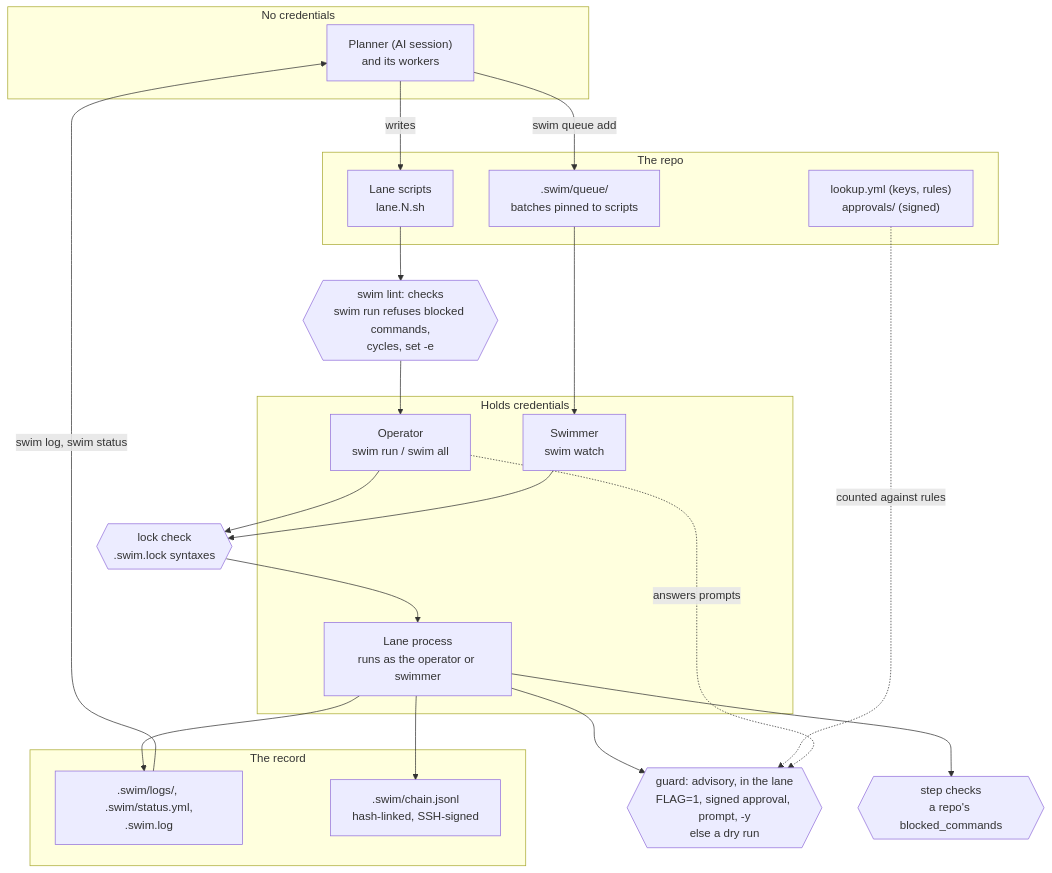
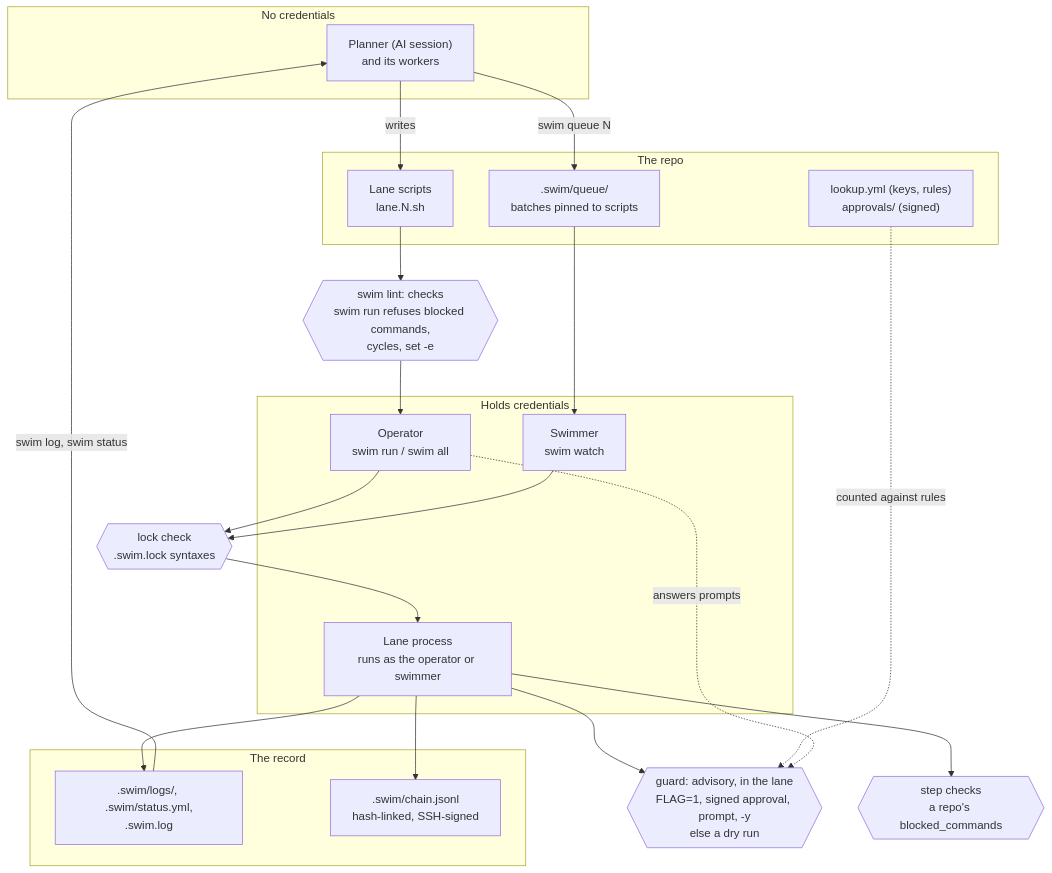
Before and after one commit to gates-brightly/swimlane: the diagram in docs/architecture.md, drawn with Mermaid. The commit also changed 33 other files, not shown here.

````diff
--- a/docs/architecture.md
+++ b/docs/architecture.md
@@ -9,36 +9,36 @@
 ```mermaid
 flowchart TD
   subgraph nocreds["No credentials"]
     P["Planner (AI session)<br/>and its workers"]
   end
   subgraph repo["The repo"]
     L["Lane scripts<br/>lane.N.sh"]
     K["lookup.yml (keys, rules)<br/>approvals/ (signed)"]
     Q[".swim/queue/<br/>batches pinned to scripts"]
   end
   subgraph creds["Holds credentials"]
     O["Operator<br/>swim run / swim all"]
     W["Swimmer<br/>swim watch"]
     X["Lane process<br/>runs as the operator or swimmer"]
   end
   subgraph record["The record"]
     S[".swim/logs/, .swim/status.yml,<br/>.swim.log"]
     C[".swim/chain.jsonl<br/>hash-linked, SSH-signed"]
   end
 
   P -->|writes| L
-  P -->|swim queue add| Q
+  P -->|swim queue N| Q
   L --> PL{{"swim lint: checks<br/>swim run refuses blocked commands,<br/>cycles, set -e"}}
   PL --> O
   Q --> W
   O --> LK{{"lock check<br/>.swim.lock syntaxes"}}
   W --> LK
   LK --> X
   X --> G{{"guard: advisory, in the lane<br/>FLAG=1, signed approval, prompt, -y<br/>else a dry run"}}
   K -.->|counted against rules| G
   O -.->|answers prompts| G
   X --> SH{{"step checks<br/>a repo's blocked_commands"}}
   X --> S
   X --> C
   S -->|swim log, swim status| P
 ```
````
